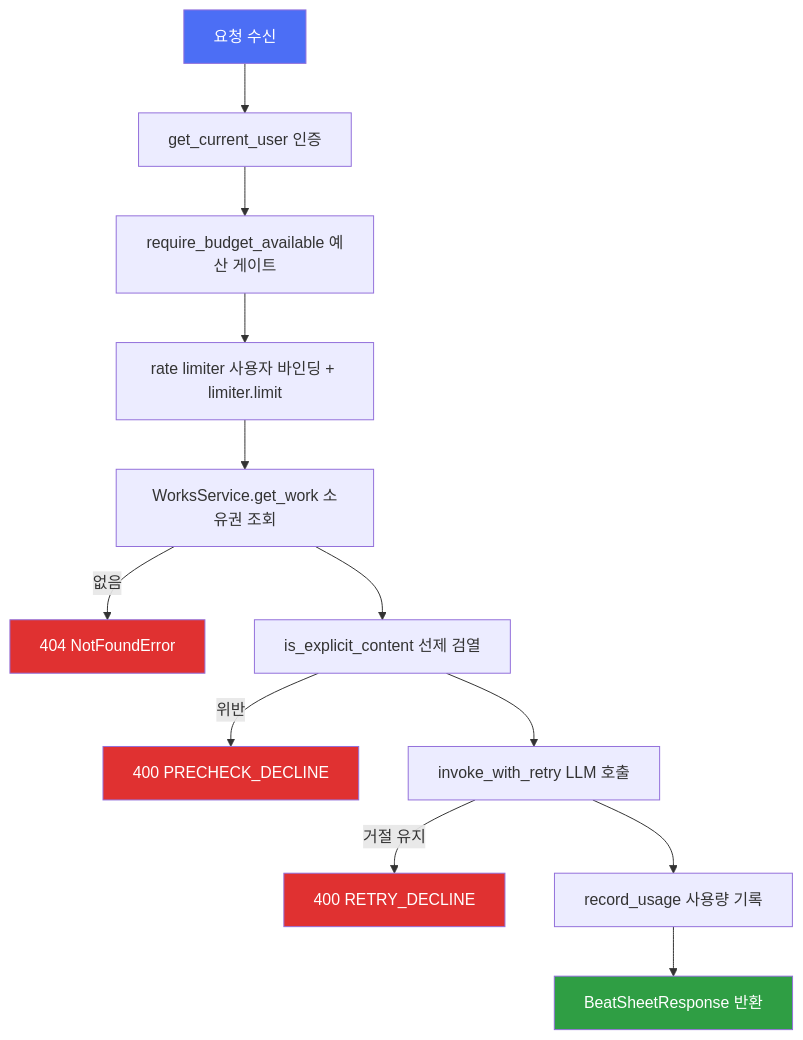
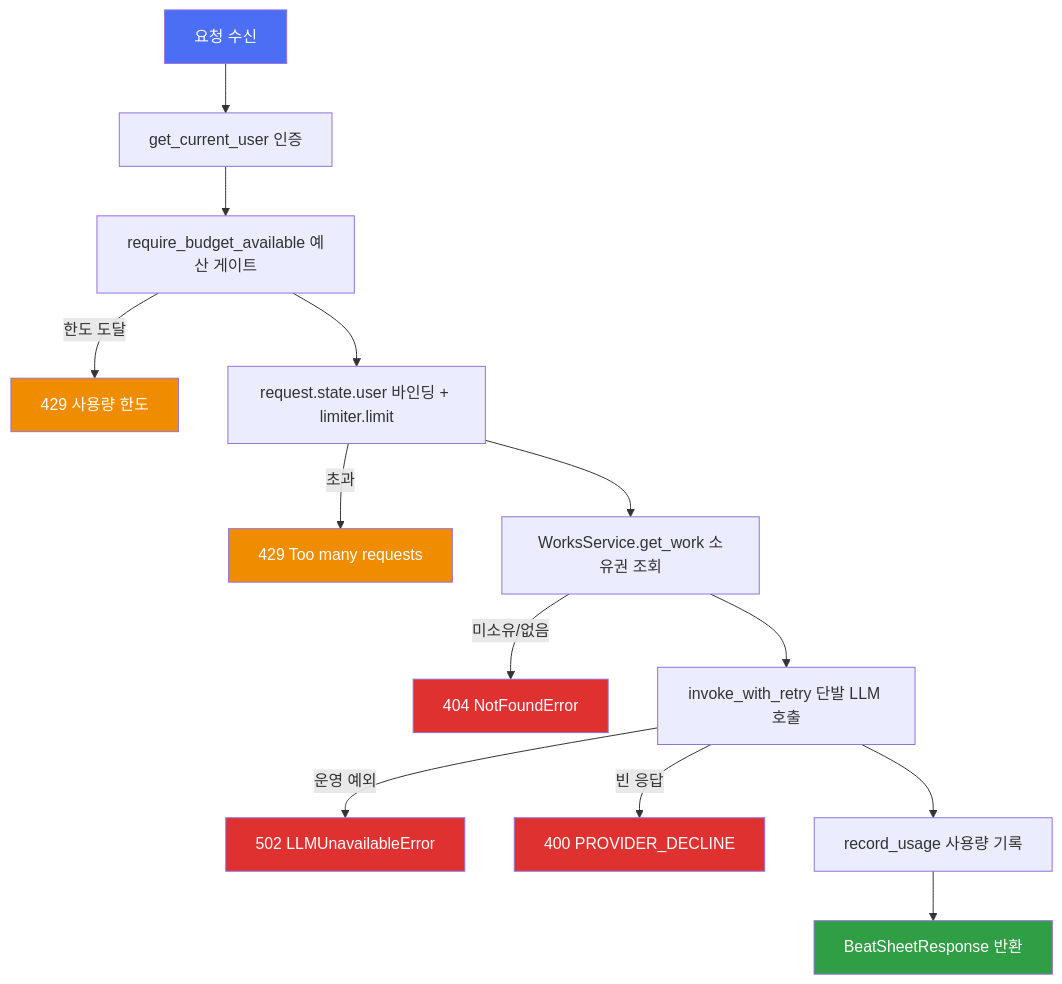
The diagram in .forge/codebase/ARCHITECTURE.md (gyuha/story-weaver), drawn with Mermaid before and after one commit. The commit also changed other lines of this file and 40 other files, not shown here.

````diff
--- a/.forge/codebase/ARCHITECTURE.md
+++ b/.forge/codebase/ARCHITECTURE.md
@@ -46,20 +64,23 @@
 ```mermaid
 flowchart TD
     A[요청 수신] --> B[get_current_user 인증]
     B --> C[require_budget_available 예산 게이트]
-    C --> D[rate limiter 사용자 바인딩 + limiter.limit]
+    C -->|한도 도달| C1[429 사용량 한도]
+    C --> D[request.state.user 바인딩 + limiter.limit]
+    D -->|초과| D1[429 Too many requests]
     D --> E[WorksService.get_work 소유권 조회]
-    E -->|없음| E1[404 NotFoundError]
-    E --> F[is_explicit_content 선제 검열]
-    F -->|위반| F1[400 PRECHECK_DECLINE]
-    F --> G[invoke_with_retry LLM 호출]
-    G -->|거절 유지| G1[400 RETRY_DECLINE]
-    G --> H[record_usage 사용량 기록]
-    H --> I[BeatSheetResponse 반환]
+    E -->|미소유/없음| E1[404 NotFoundError]
+    E --> F[invoke_with_retry 단발 LLM 호출]
+    F -->|운영 예외| F1[502 LLMUnavailableError]
+    F -->|빈 응답| F2[400 PROVIDER_DECLINE]
+    F --> G[record_usage 사용량 기록]
+    G --> H[BeatSheetResponse 반환]
 
     style A fill:#4c6ef5,color:#fff
-    style I fill:#2f9e44,color:#fff
+    style H fill:#2f9e44,color:#fff
+    style C1 fill:#f08c00,color:#fff
+    style D1 fill:#f08c00,color:#fff
     style E1 fill:#e03131,color:#fff
     style F1 fill:#e03131,color:#fff
-    style G1 fill:#e03131,color:#fff
+    style F2 fill:#e03131,color:#fff
 ```
````
